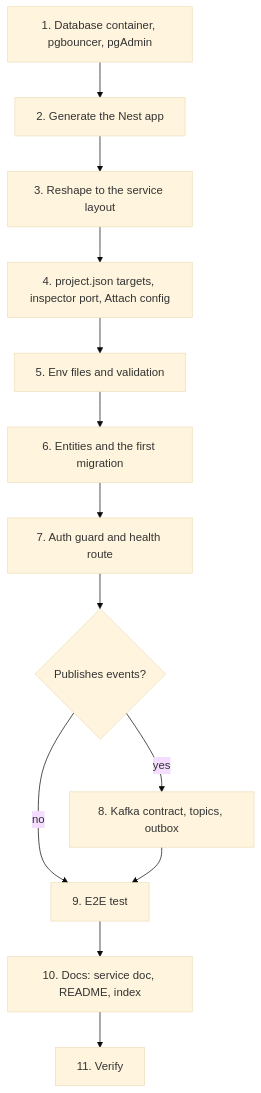
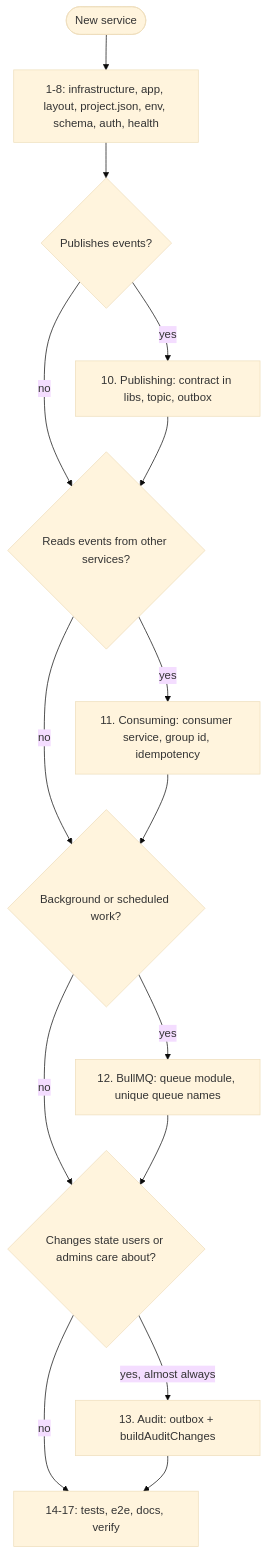
Before and after one commit to Mohammed-Taysser/masr3: the first of 2 diagrams in docs/adding-a-service.md, drawn with Mermaid (base theme). The commit also changed other lines of this file and 114 other files, not shown here.

Commit message:
feat: finalize audit service

````diff
--- a/docs/adding-a-service.md
+++ b/docs/adding-a-service.md
@@ -7,15 +21,17 @@
 ```mermaid
 flowchart TD
-  A[1. Database container, pgbouncer, pgAdmin] --> B[2. Generate the Nest app]
-  B --> C[3. Reshape to the service layout]
-  C --> D[4. project.json targets, inspector port, Attach config]
-  D --> E[5. Env files and validation]
-  E --> F[6. Entities and the first migration]
-  F --> G[7. Auth guard and health route]
-  G --> H{Publishes events?}
-  H -->|yes| I[8. Kafka contract, topics, outbox]
-  H -->|no| J
-  I --> J[9. E2E test]
-  J --> K[10. Docs: service doc, README, index]
-  K --> L[11. Verify]
+  start([New service]) --> base[1-8: infrastructure, app, layout, project.json, env, schema, auth, health]
+  base --> produce{Publishes events?}
+  produce -->|yes| p[10. Publishing: contract in libs, topic, outbox]
+  produce -->|no| consume
+  p --> consume{Reads events from other services?}
+  consume -->|yes| c[11. Consuming: consumer service, group id, idempotency]
+  consume -->|no| jobs
+  c --> jobs{Background or scheduled work?}
+  jobs -->|yes| j[12. BullMQ: queue module, unique queue names]
+  jobs -->|no| audit
+  j --> audit{Changes state users or admins care about?}
+  audit -->|yes, almost always| a[13. Audit: outbox + buildAuditChanges]
+  audit -->|no| finish
+  a --> finish[14-17: tests, e2e, docs, verify]
 ```
````
